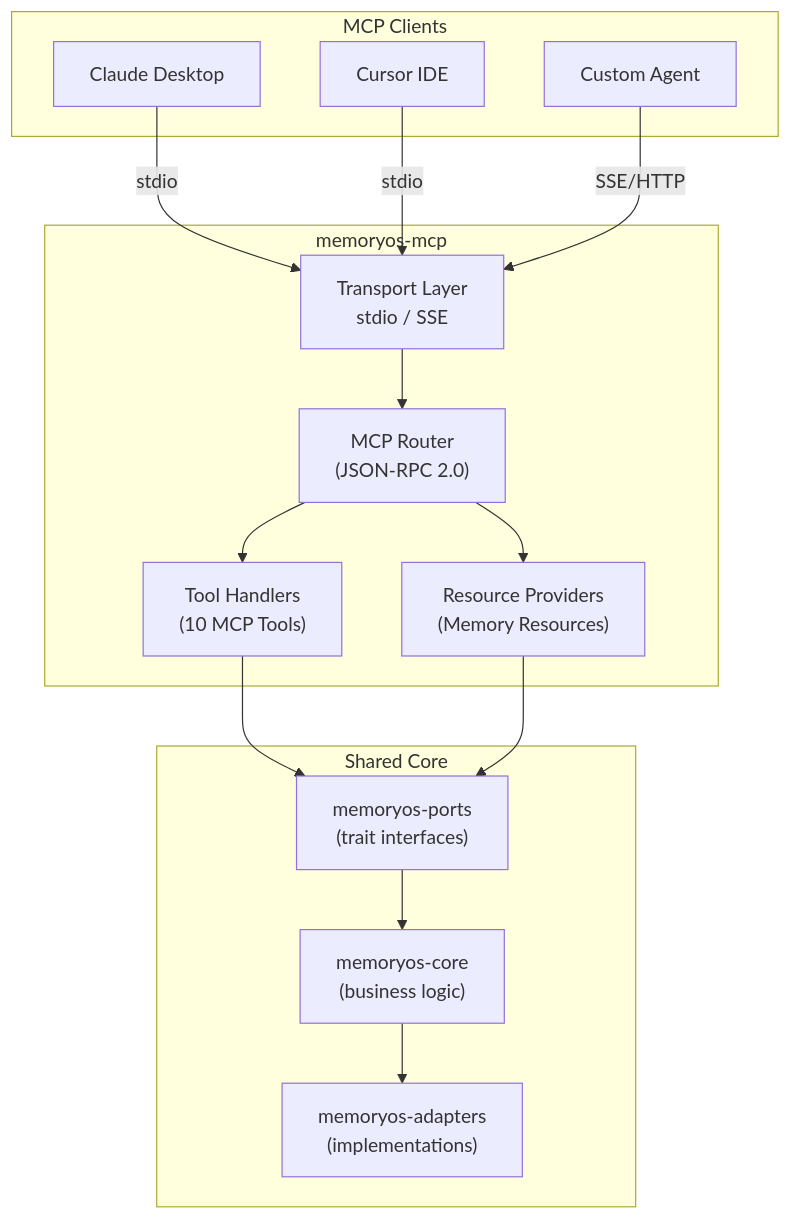
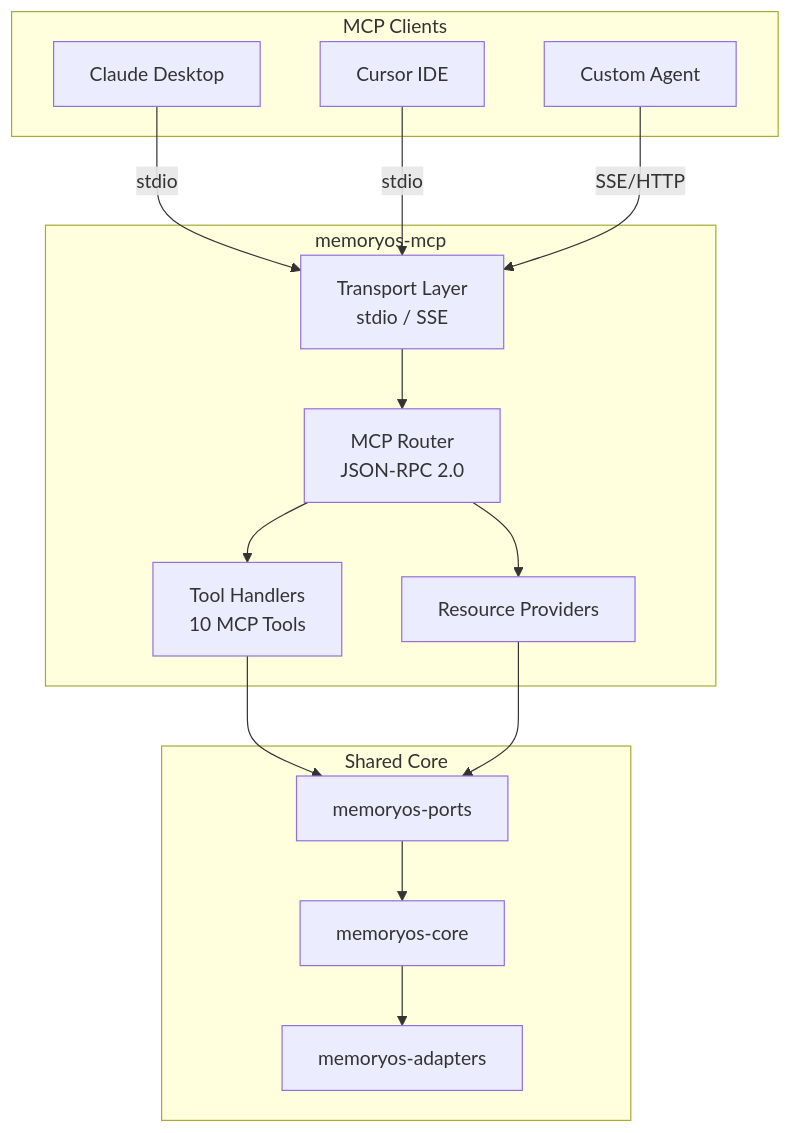
One commit to TelivANT/memoryos-rust changed diagram 11 of 13 in docs/ARCHITECTURE.md. Above: the diagram before and after it, drawn with Mermaid. The commit also changed other lines of this file and 4 other files, not shown here.

````diff
--- a/docs/ARCHITECTURE.md
+++ b/docs/ARCHITECTURE.md
@@ -629,32 +415,32 @@
 ```mermaid
 graph TD
     subgraph "MCP Clients"
         Claude[Claude Desktop]
         Cursor[Cursor IDE]
         Agent[Custom Agent]
     end
 
     subgraph "memoryos-mcp"
         Transport["Transport Layer<br/>stdio / SSE"]
-        Router["MCP Router<br/>(JSON-RPC 2.0)"]
-        Tools["Tool Handlers<br/>(10 MCP Tools)"]
-        Resources["Resource Providers<br/>(Memory Resources)"]
+        Router["MCP Router<br/>JSON-RPC 2.0"]
+        Tools["Tool Handlers<br/>10 MCP Tools"]
+        Resources["Resource Providers"]
     end
 
     subgraph "Shared Core"
-        Ports["memoryos-ports<br/>(trait interfaces)"]
-        Core["memoryos-core<br/>(business logic)"]
-        Adapters["memoryos-adapters<br/>(implementations)"]
+        Ports["memoryos-ports"]
+        Core["memoryos-core"]
+        Adapters["memoryos-adapters"]
     end
 
     Claude -->|stdio| Transport
     Cursor -->|stdio| Transport
     Agent -->|SSE/HTTP| Transport
     Transport --> Router
     Router --> Tools
     Router --> Resources
     Tools --> Ports
     Resources --> Ports
     Ports --> Core
     Core --> Adapters
 ```
````
